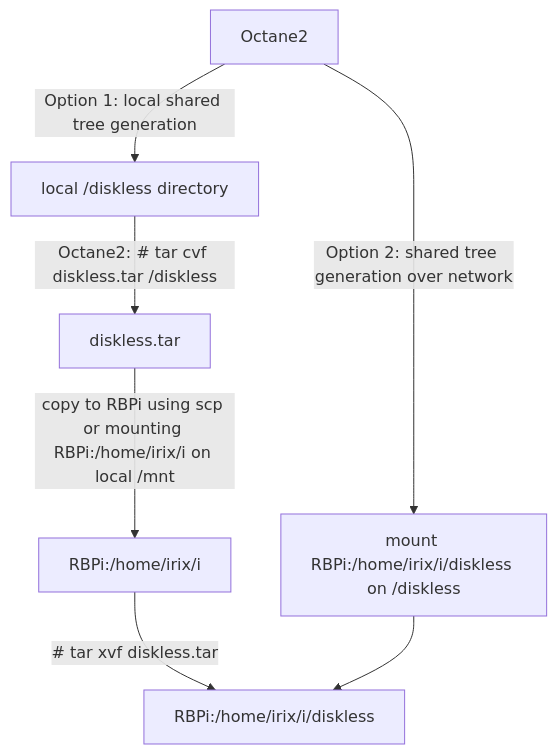
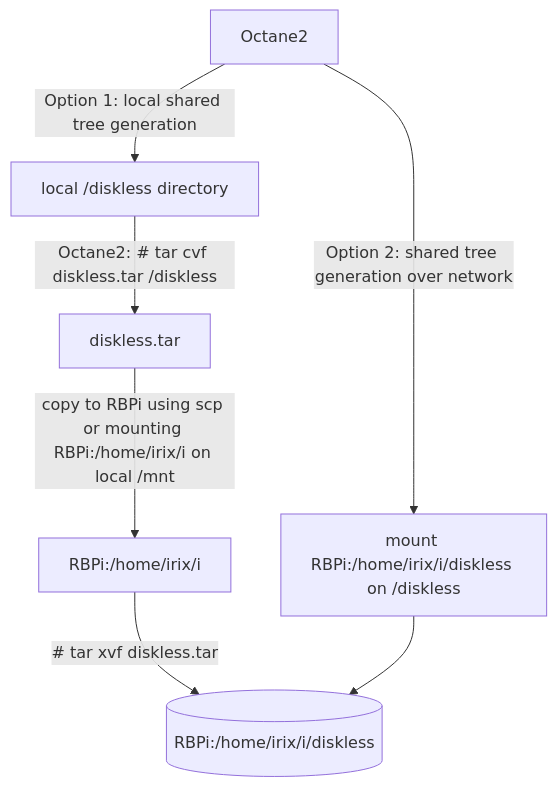
Before and after one commit to Linux-RISC/IRIX-diskless-workstation: the first of 3 diagrams in README.md, drawn with Mermaid. The commit also changed other lines of this file, not shown here.

````diff
--- a/README.md
+++ b/README.md
@@ -25,6 +31,6 @@
 ```mermaid
 graph TD;
-    Octane2--Option 1: local shared tree generation-->B[local /diskless directory]--Octane2: # tar cvf diskless.tar /diskless-->diskless.tar;
-    diskless.tar--copy to RBPi using scp or mounting RBPi:/home/irix/i on local /mnt-->RBPi:/home/irix/i--# tar xvf diskless.tar-->RBPi:/home/irix/i/diskless;
-   Octane2--Option 2: shared tree generation over network-->J[mount RBPi:/home/irix/i/diskless on /diskless]-->RBPi:/home/irix/i/diskless;
+    Octane2--Option 1: local shared tree generation-->local_diskless[local /diskless directory]--Octane2: # tar cvf diskless.tar /diskless-->diskless.tar;
+    diskless.tar--copy to RBPi using scp or mounting RBPi:/home/irix/i on local /mnt-->RBPi:/home/irix/i--# tar xvf diskless.tar-->RBPi[(RBPi:/home/irix/i/diskless)];
+   Octane2--Option 2: shared tree generation over network-->mount_RBPi[mount RBPi:/home/irix/i/diskless on /diskless]-->RBPi[(RBPi:/home/irix/i/diskless)];
 ```
````
